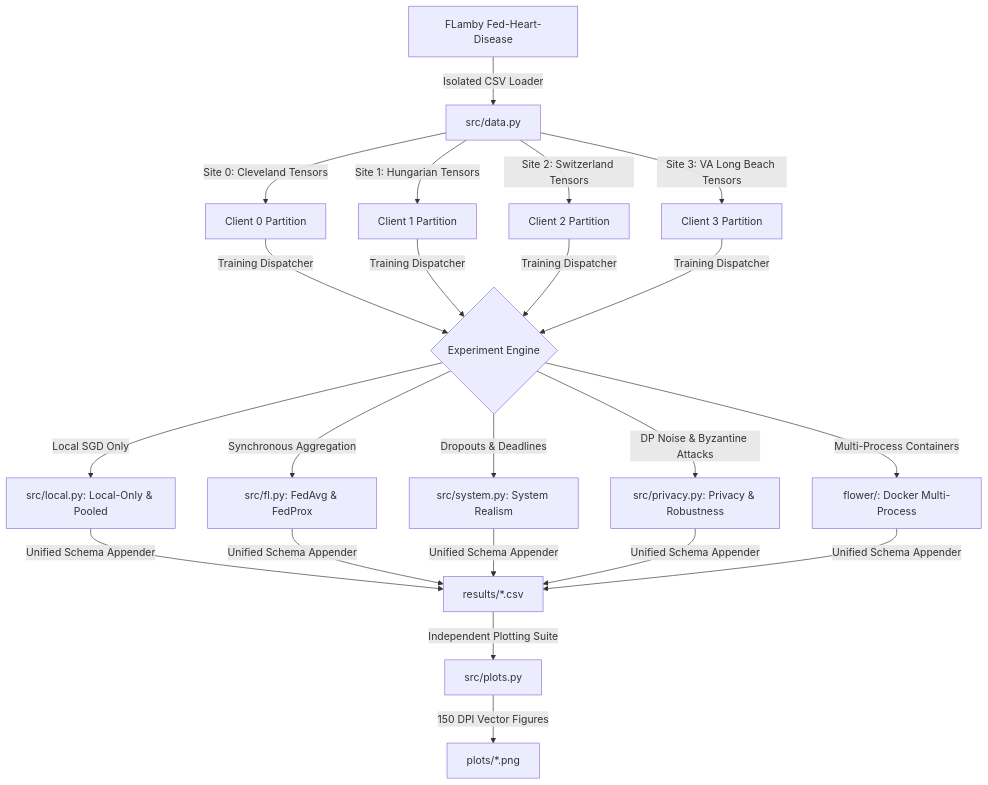
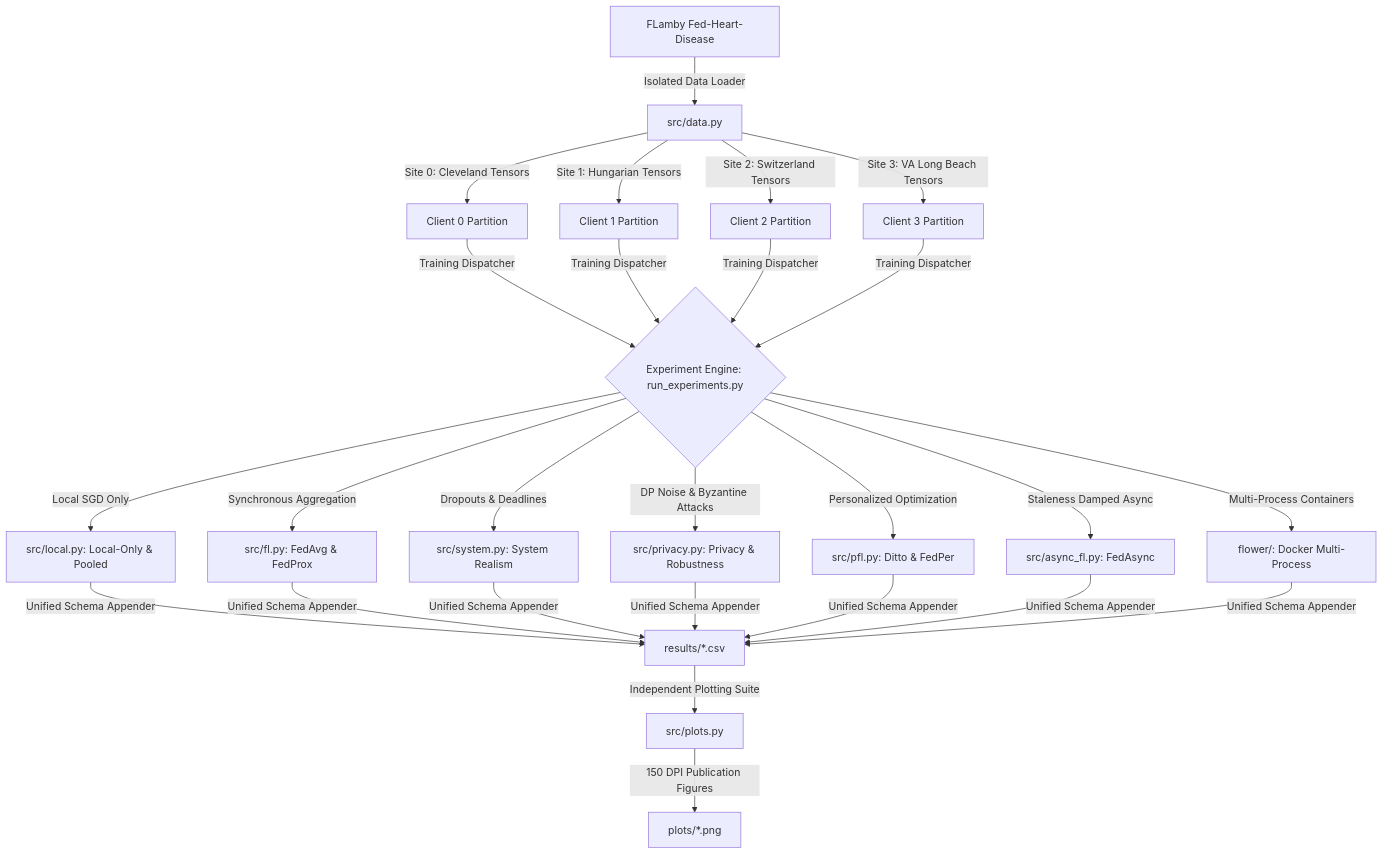
One commit to Soumadipta-Konar/fl-hospital-consortium changed the first of 2 diagrams in README.md. Above: the diagram before and after it, drawn with Mermaid. The commit also changed other lines of this file and 2 other files, not shown here.

````diff
--- a/README.md
+++ b/README.md
@@ -124,20 +187,22 @@
 ```mermaid
 graph TD
-    A[FLamby Fed-Heart-Disease] -->|Isolated CSV Loader| B[src/data.py]
+    A[FLamby Fed-Heart-Disease] -->|Isolated Data Loader| B[src/data.py]
     B -->|Site 0: Cleveland Tensors| C1[Client 0 Partition]
     B -->|Site 1: Hungarian Tensors| C2[Client 1 Partition]
     B -->|Site 2: Switzerland Tensors| C3[Client 2 Partition]
     B -->|Site 3: VA Long Beach Tensors| C4[Client 3 Partition]
     
-    C1 & C2 & C3 & C4 -->|Training Dispatcher| D{Experiment Engine}
+    C1 & C2 & C3 & C4 -->|Training Dispatcher| D{Experiment Engine: run_experiments.py}
     
     D -->|Local SGD Only| E1[src/local.py: Local-Only & Pooled]
     D -->|Synchronous Aggregation| E2[src/fl.py: FedAvg & FedProx]
     D -->|Dropouts & Deadlines| E3[src/system.py: System Realism]
     D -->|DP Noise & Byzantine Attacks| E4[src/privacy.py: Privacy & Robustness]
-    D -->|Multi-Process Containers| E5[flower/: Docker Multi-Process]
+    D -->|Personalized Optimization| E5[src/pfl.py: Ditto & FedPer]
+    D -->|Staleness Damped Async| E6[src/async_fl.py: FedAsync]
+    D -->|Multi-Process Containers| E7[flower/: Docker Multi-Process]
     
-    E1 & E2 & E3 & E4 & E5 -->|Unified Schema Appender| F[results/*.csv]
+    E1 & E2 & E3 & E4 & E5 & E6 & E7 -->|Unified Schema Appender| F[results/*.csv]
     F -->|Independent Plotting Suite| G[src/plots.py]
-    G -->|150 DPI Vector Figures| H[plots/*.png]
+    G -->|150 DPI Publication Figures| H[plots/*.png]
 ```
````
